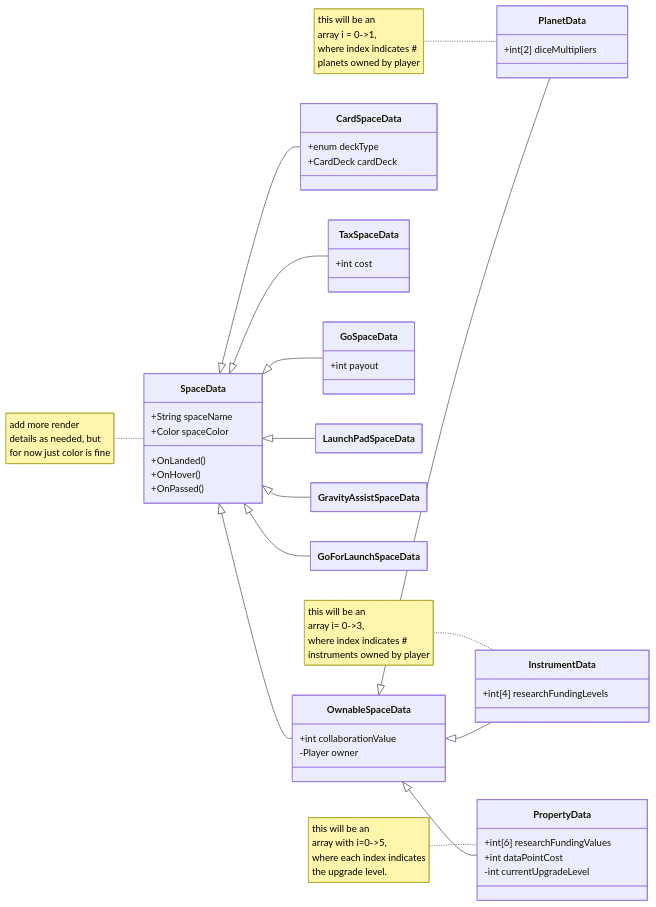
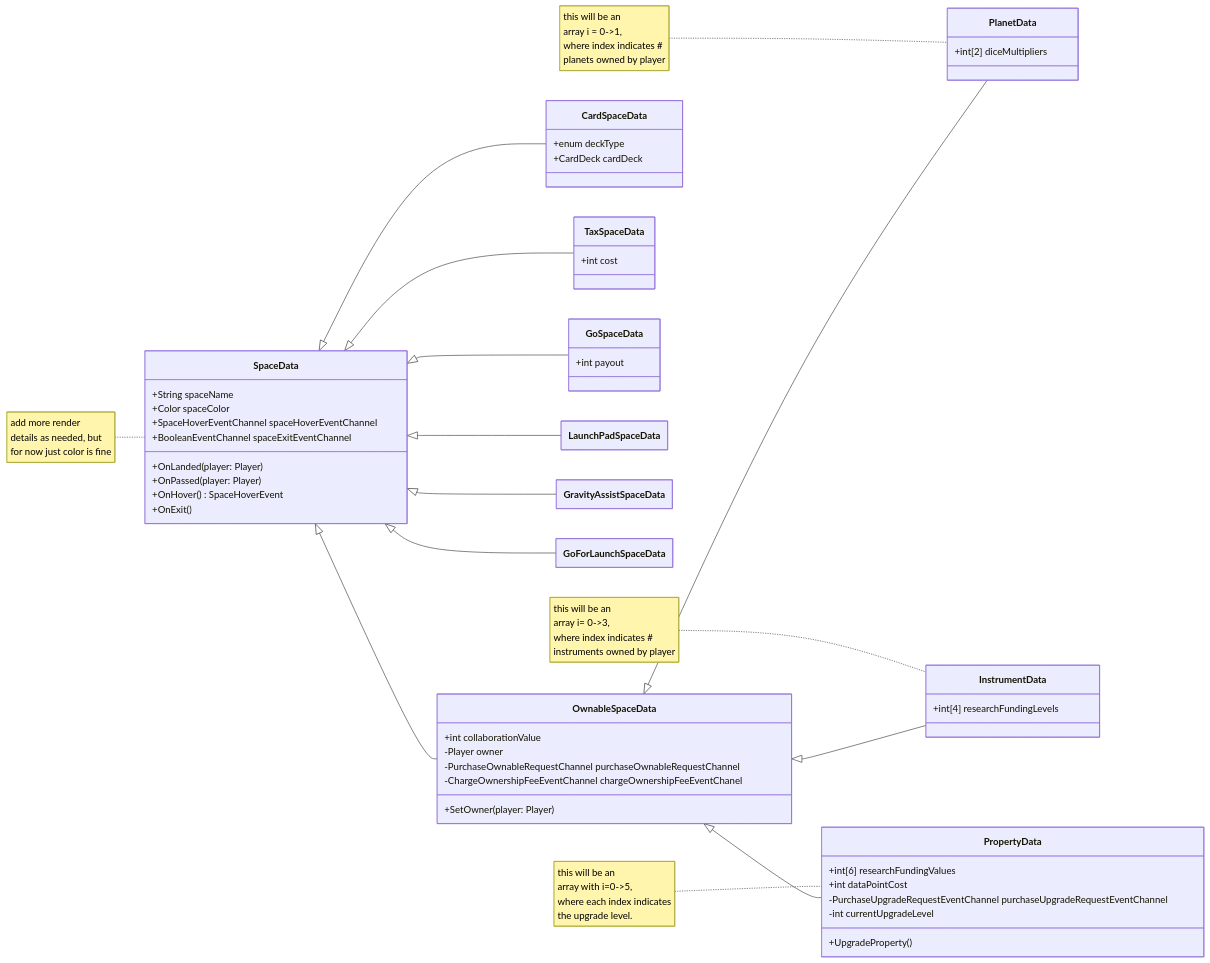
The diagram in Assets/Scripts/Data/SpaceData/SpaceData-Hierarchy.mmd (missiontopsyche-platinum/platinum_24a_game_psycheopoly-se), drawn with Mermaid before and after one commit. The commit also changed 20 other files, not shown here.

```diff
--- a/Assets/Scripts/Data/SpaceData/SpaceData-Hierarchy.mmd
+++ b/Assets/Scripts/Data/SpaceData/SpaceData-Hierarchy.mmd
@@ -1,76 +1,84 @@
 ---
 config:
     class:
         hideEmptyMembersBox: true
 ---
 classDiagram
     direction LR
     
     note for SpaceData  "add more render
                         details as needed, but
                         for now just color is fine"
     class SpaceData{
         +String spaceName
         +Color spaceColor
-        +OnLanded()
-        +OnHover()
-        +OnPassed()
+        +SpaceHoverEventChannel spaceHoverEventChannel
+        +BooleanEventChannel spaceExitEventChannel
+        +OnLanded(player: Player)
+        +OnPassed(player: Player)
+        +OnHover() SpaceHoverEvent
+        +OnExit()
     }
     class OwnableSpaceData{
         +int collaborationValue
         -Player owner
+        -PurchaseOwnableRequestChannel purchaseOwnableRequestChannel
+        -ChargeOwnershipFeeEventChannel chargeOwnershipFeeEventChanel
+        +SetOwner(player: Player)
     }
     
     note for PropertyData       "this will be an
                                 array with i=0->5,
                                 where each index indicates
                                 the upgrade level."
     class PropertyData{
         +int[6] researchFundingValues
         +int dataPointCost
+        -PurchaseUpgradeRequestEventChannel purchaseUpgradeRequestEventChannel
         -int currentUpgradeLevel
+        +UpgradeProperty()
     }
     
     note for PlanetData         "this will be an
                                 array i = 0->1,
                                 where index indicates # 
                                 planets owned by player"
     class PlanetData{
         +int[2] diceMultipliers
     }
     
     note for InstrumentData     "this will be an
                                 array i= 0->3,
                                 where index indicates #
                                 instruments owned by player"
     class InstrumentData{
         +int[4] researchFundingLevels
     }
     
     class CardSpaceData{
         +enum deckType
         +CardDeck cardDeck
     }
     
     class TaxSpaceData{
         +int cost
     }
     
     class GoSpaceData{
         +int payout
     }
 
     class LaunchPadSpaceData
     class GravityAssistSpaceData
     class GoForLaunchSpaceData
 
     SpaceData <|-- TaxSpaceData
     SpaceData <|-- GoSpaceData
     SpaceData <|-- GoForLaunchSpaceData
     SpaceData <|-- GravityAssistSpaceData
     SpaceData <|-- LaunchPadSpaceData
     SpaceData <|-- CardSpaceData
     SpaceData <|-- OwnableSpaceData
     OwnableSpaceData <|-- PlanetData
     OwnableSpaceData <|-- InstrumentData
     OwnableSpaceData <|-- PropertyData
```
